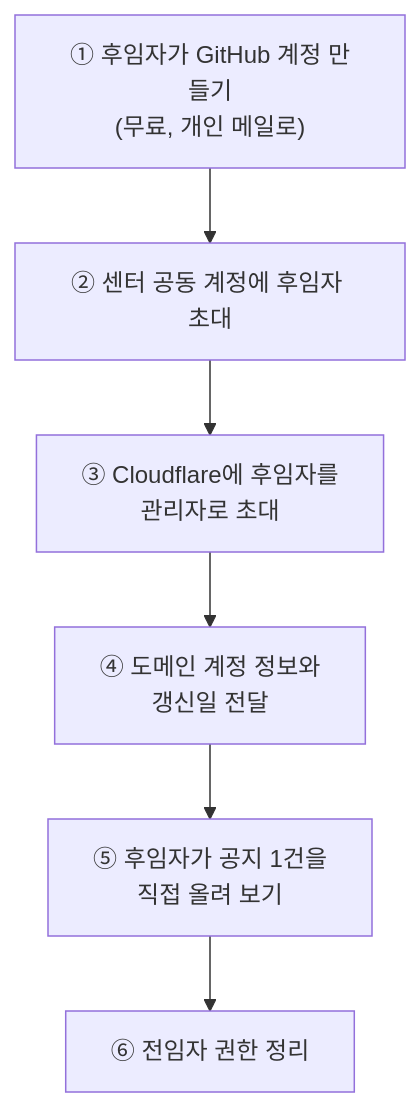
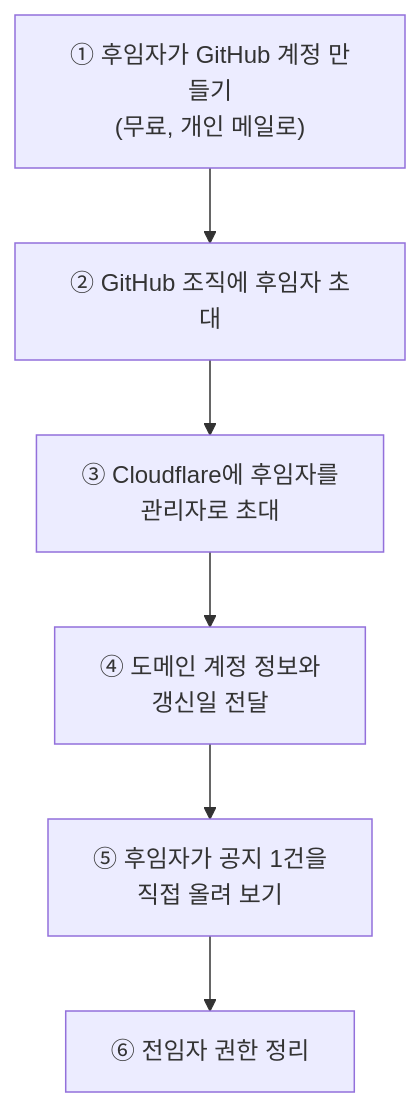
The fourth of 4 diagrams in docs/HANDOVER.md (entbslab/entbslab.github.io), drawn with Mermaid before and after one commit. The commit also changed other lines of this file, not shown here.

Commit message:
인수인계 문서: 풀어쓴 표현 대신 저장소·GitHub 조직·배포 등 표준 용어 사용

````diff
--- a/docs/HANDOVER.md
+++ b/docs/HANDOVER.md
@@ -141,10 +141,10 @@
 ```mermaid
 flowchart TD
   A["① 후임자가 GitHub 계정 만들기<br/>(무료, 개인 메일로)"]
-  B["② 센터 공동 계정에 후임자 초대"]
+  B["② GitHub 조직에 후임자 초대"]
   C["③ Cloudflare에 후임자를<br/>관리자로 초대"]
   D["④ 도메인 계정 정보와<br/>갱신일 전달"]
   E["⑤ 후임자가 공지 1건을<br/>직접 올려 보기"]
   F["⑥ 전임자 권한 정리"]
   A --> B --> C --> D --> E --> F
 ```
````
